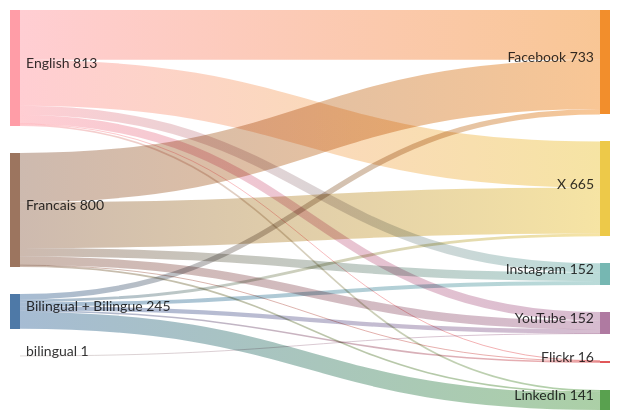
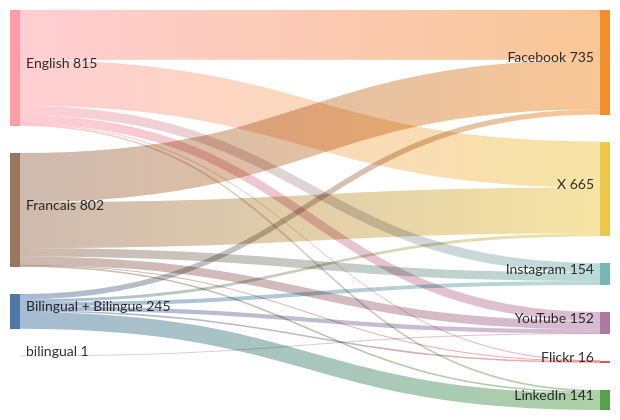
Before and after one commit to PatLittle/GC-Socials: the diagram in sankey_diagram.md, drawn with Mermaid.

Commit message:
Update Sankey diagram for the most recent day

````diff
--- a/sankey_diagram.md
+++ b/sankey_diagram.md
@@ -1,22 +1,22 @@
 ```mermaid
 sankey-beta
   Bilingual + Bilingue,Facebook,38
   Bilingual + Bilingue,Flickr,11
   Bilingual + Bilingue,Instagram,28
   Bilingual + Bilingue,LinkedIn,118
   Bilingual + Bilingue,X,20
   Bilingual + Bilingue,YouTube,30
-  English,Facebook,349
+  English,Facebook,350
   English,Flickr,3
-  English,Instagram,65
+  English,Instagram,66
   English,LinkedIn,12
   English,X,323
   English,YouTube,61
-  Francais,Facebook,346
+  Francais,Facebook,347
   Francais,Flickr,2
-  Francais,Instagram,59
+  Francais,Instagram,60
   Francais,LinkedIn,11
   Francais,X,322
   Francais,YouTube,60
   bilingual,YouTube,1
 ```
````
